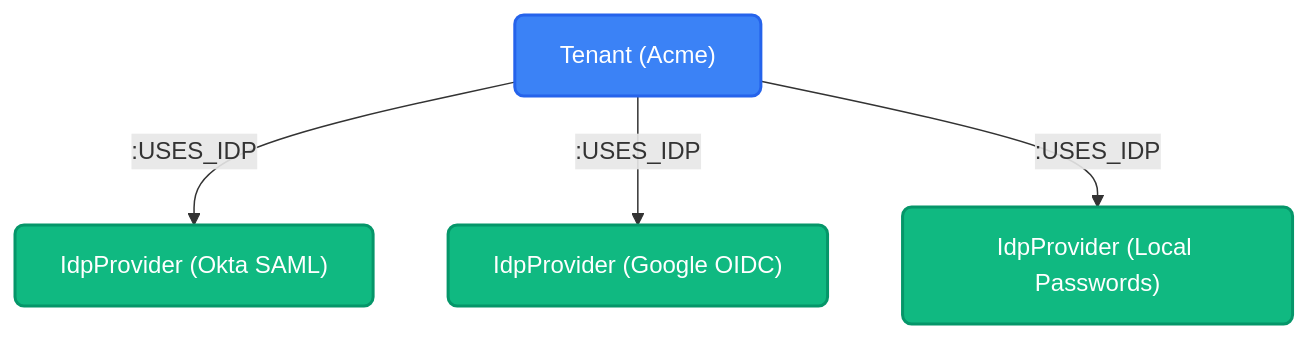
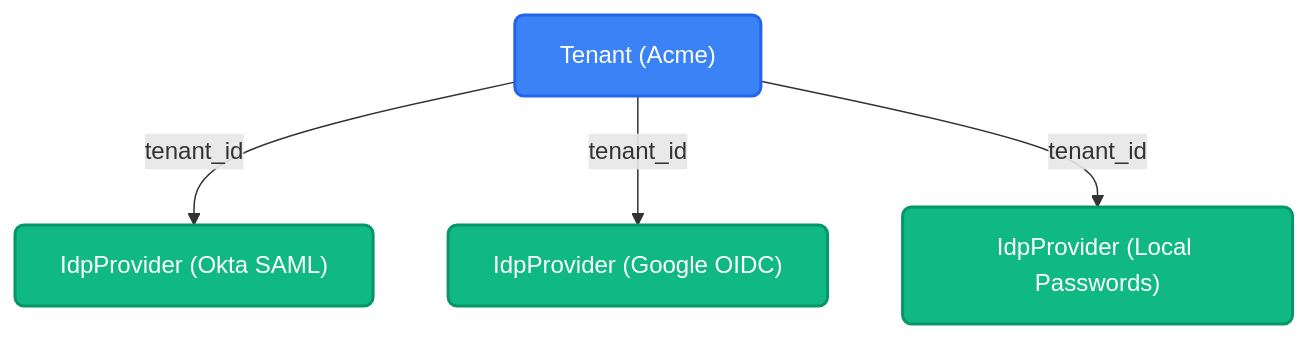
The first of 2 diagrams in docs/content/docs/(contributors)/architecture/identity/multi-tenancy.mdx (platrium-app/platrium), drawn with Mermaid before and after one commit. The commit also changed other lines of this file and 75 other files, not shown here.

````diff
--- a/docs/content/docs/(contributors)/architecture/identity/multi-tenancy.mdx
+++ b/docs/content/docs/(contributors)/architecture/identity/multi-tenancy.mdx
@@ -35,14 +40,14 @@
 ```mermaid
 flowchart TD
     classDef tenant fill:#3b82f6,stroke:#2563eb,stroke-width:2px,color:#fff,rx:6px,ry:6px;
     classDef idp fill:#10b981,stroke:#059669,stroke-width:2px,color:#fff,rx:6px,ry:6px;
 
     T["Tenant (Acme)"]:::tenant
     I1["IdpProvider (Okta SAML)"]:::idp
     I2["IdpProvider (Google OIDC)"]:::idp
     I3["IdpProvider (Local Passwords)"]:::idp
 
-    T -->|":USES_IDP"| I1
-    T -->|":USES_IDP"| I2
-    T -->|":USES_IDP"| I3
+    T -->|"tenant_id"| I1
+    T -->|"tenant_id"| I2
+    T -->|"tenant_id"| I3
 ```
````
